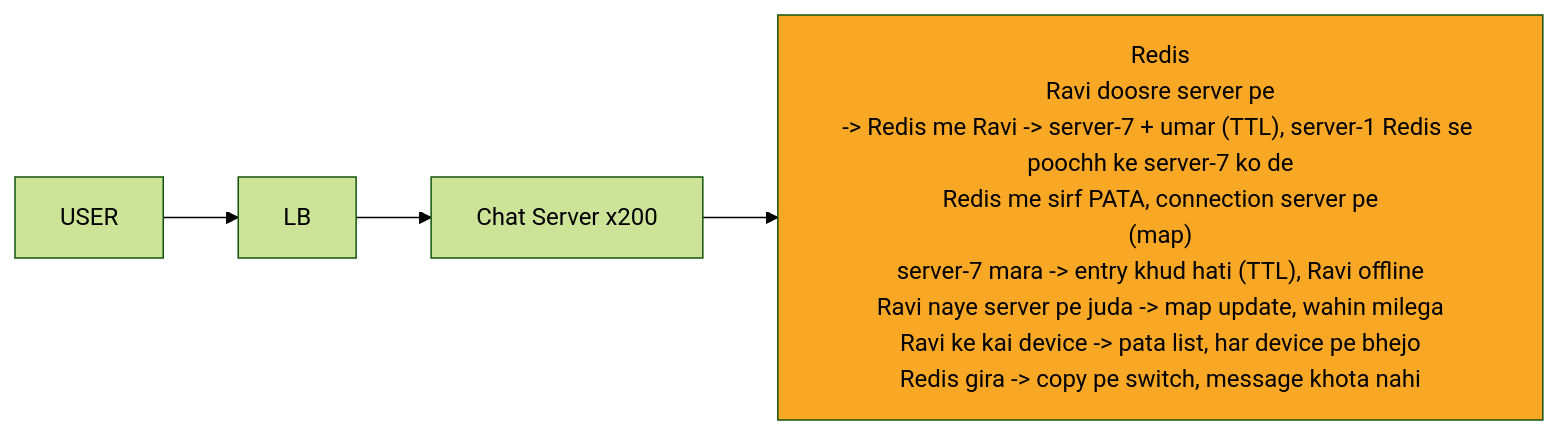
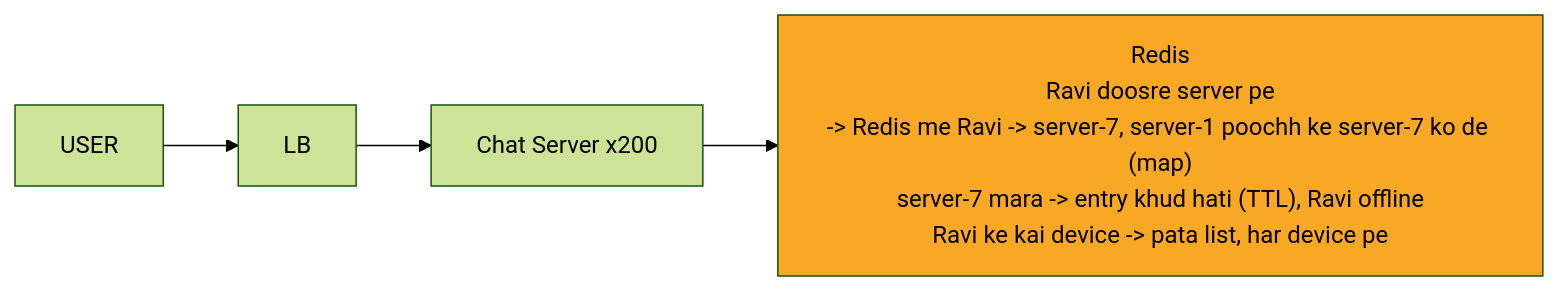
Before and after one commit to ArpanMaheshwari144/Prep: the diagram in 04_HLD/SYSTEM_DESIGNS/14_chat_messaging/img/c2.mmd, drawn with Mermaid (forest theme). The commit also changed 43 other files, not shown here.

```diff
--- a/04_HLD/SYSTEM_DESIGNS/14_chat_messaging/img/c2.mmd
+++ b/04_HLD/SYSTEM_DESIGNS/14_chat_messaging/img/c2.mmd
@@ -1,10 +1,10 @@
 %%{init: {"flowchart": {"wrappingWidth": 450}}}%%
 flowchart LR
     n_U["USER"]
     n_LB["LB"]
     n_CS["Chat Server x200"]
-    n_R["Redis<br/>Ravi doosre server pe<br/>-> Redis me Ravi -> server-7 + umar (TTL), server-1 Redis se poochh ke server-7 ko de<br/>Redis me sirf PATA, connection server pe<br/>(map)<br/>server-7 mara -> entry khud hati (TTL), Ravi offline<br/>Ravi naye server pe juda -> map update, wahin milega<br/>Ravi ke kai device -> pata list, har device pe bhejo<br/>Redis gira -> copy pe switch, message khota nahi"]
+    n_R["Redis<br/>Ravi doosre server pe<br/>-> Redis me Ravi -> server-7, server-1 poochh ke server-7 ko de (map)<br/>server-7 mara -> entry khud hati (TTL), Ravi offline<br/>Ravi ke kai device -> pata list, har device pe"]
     n_U --> n_LB
     n_LB --> n_CS
     n_CS --> n_R
     style n_R fill:#f9a825,color:#000
```
